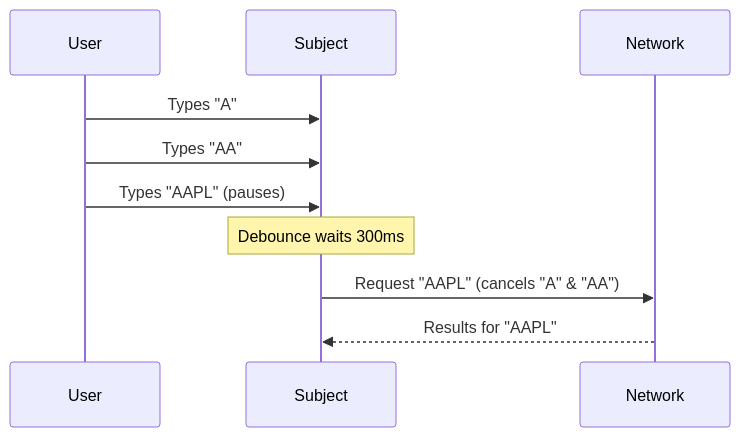
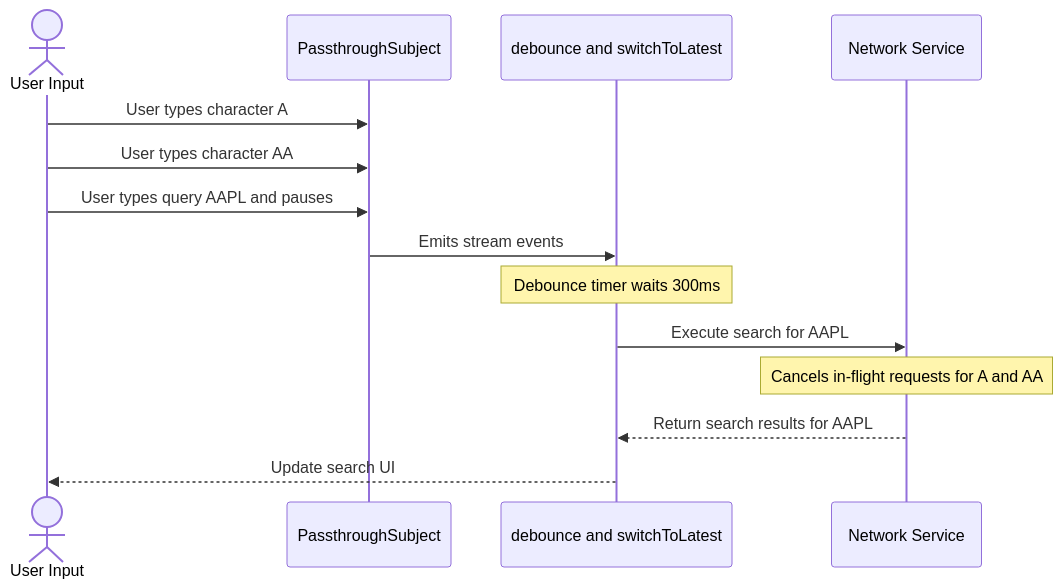
Before and after one commit to vineetsansare/iOSInterviewQnA: the seventh of 10 diagrams in iOS_Tech_Lead_Prep_Master_Guide.md, drawn with Mermaid. The commit also changed other lines of this file and 1 other file, not shown here.

Commit message:
fix: sanitize organization references and fix all Mermaid diagram syntax errors

````diff
--- a/iOS_Tech_Lead_Prep_Master_Guide.md
+++ b/iOS_Tech_Lead_Prep_Master_Guide.md
@@ -281,12 +282,16 @@
 ```mermaid
 sequenceDiagram
-    participant User
-    participant Subject
-    participant Network
-    User->>Subject: Types "A"
-    User->>Subject: Types "AA"
-    User->>Subject: Types "AAPL" (pauses)
-    Note over Subject: Debounce waits 300ms
-    Subject->>Network: Request "AAPL" (cancels "A" & "AA")
-    Network-->>Subject: Results for "AAPL"
+    actor User as User Input
+    participant Subject as PassthroughSubject
+    participant Operator as debounce and switchToLatest
+    participant Network as Network Service
+    User->>Subject: User types character A
+    User->>Subject: User types character AA
+    User->>Subject: User types query AAPL and pauses
+    Subject->>Operator: Emits stream events
+    Note over Operator: Debounce timer waits 300ms
+    Operator->>Network: Execute search for AAPL
+    Note over Network: Cancels in-flight requests for A and AA
+    Network-->>Operator: Return search results for AAPL
+    Operator-->>User: Update search UI
 ```
````
